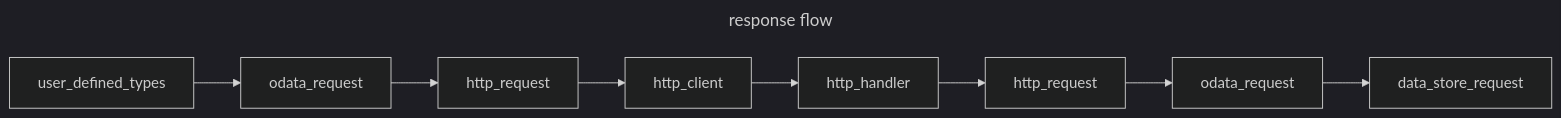
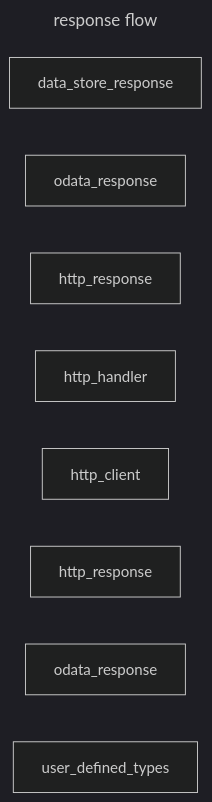
The second of 2 diagrams in docs/architecture.md (OData/odata.net), drawn with Mermaid (dark theme) before and after one commit.

````diff
--- a/docs/architecture.md
+++ b/docs/architecture.md
@@ -243,21 +243,14 @@
 ```mermaid
 ---
 title: response flow
 ---
 flowchart LR
+    data_store_response
+    odata_response1[odata_response]
+    http_response1[http_response]
+    http_handler
+    http_client
+    http_response2[http_response]
+    odata_response2[odata_response]
     user_defined_types
-    odata_request1[odata_request]
-    http_request1[http_request]
-    http_client
-    http_handler
-    http_request2[http_request]
-    odata_request2[odata_request]
-    data_store_request
-    user_defined_types --> odata_request1
-    odata_request1 --> http_request1
-    http_request1 --> http_client
-    http_client --> http_handler
-    http_handler --> http_request2
-    http_request2 --> odata_request2
-    odata_request2 --> data_store_request
 ```
````
